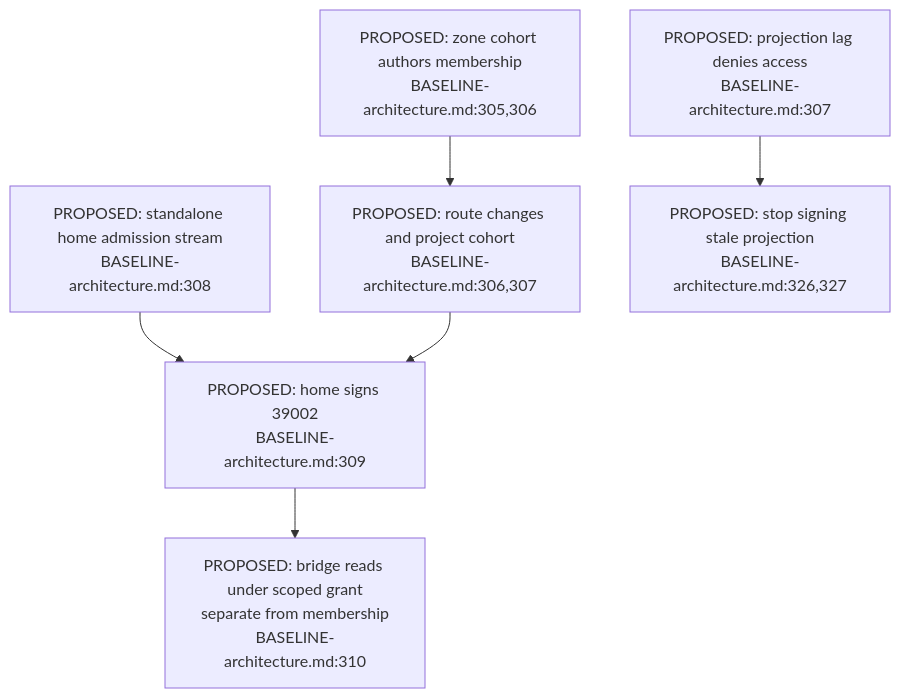
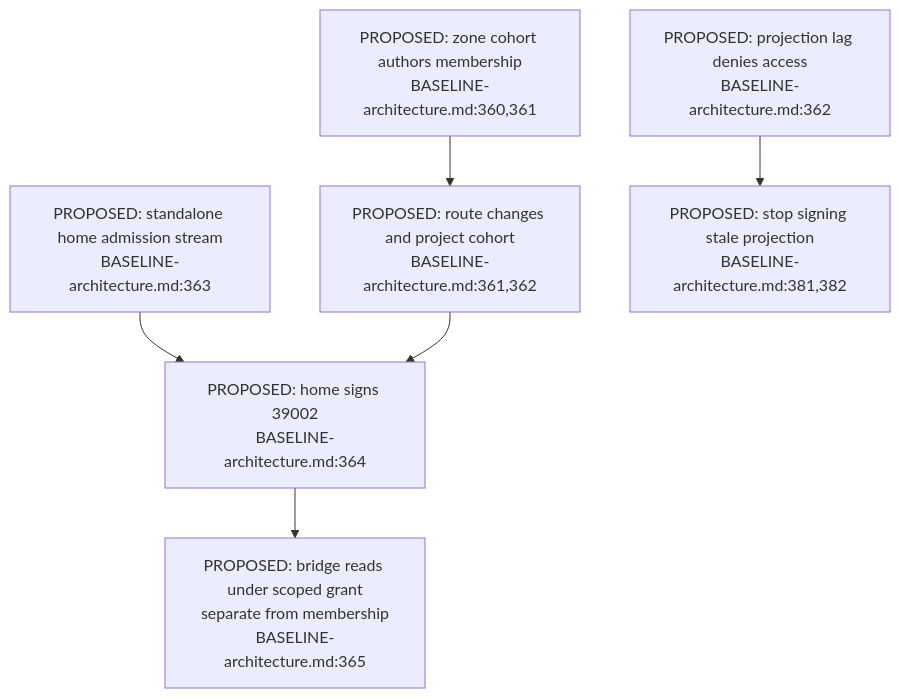
Before and after one commit to DreamLab-AI/VisionFlow: the first of 3 diagrams in docs/diagrams/nostr-rust-forum/14-proposed-group-replication-and-spaces.md, drawn with Mermaid. The commit also changed other lines of this file and 1 other file, not shown here.

First line of the commit message:
docs(diagrams): NF-14 and NF-18 re-verified at nostr-rust-forum af4f0d5

````diff
--- a/docs/diagrams/nostr-rust-forum/14-proposed-group-replication-and-spaces.md
+++ b/docs/diagrams/nostr-rust-forum/14-proposed-group-replication-and-spaces.md
@@ -25,9 +25,9 @@
 ```mermaid
 flowchart TD
-    COHORT["PROPOSED: zone cohort authors membership<br/>BASELINE-architecture.md:305,306"] --> PROJECT["PROPOSED: route changes and project cohort<br/>BASELINE-architecture.md:306,307"]
-    STREAM["PROPOSED: standalone home admission stream<br/>BASELINE-architecture.md:308"] --> SIGN["PROPOSED: home signs 39002<br/>BASELINE-architecture.md:309"]
+    COHORT["PROPOSED: zone cohort authors membership<br/>BASELINE-architecture.md:360,361"] --> PROJECT["PROPOSED: route changes and project cohort<br/>BASELINE-architecture.md:361,362"]
+    STREAM["PROPOSED: standalone home admission stream<br/>BASELINE-architecture.md:363"] --> SIGN["PROPOSED: home signs 39002<br/>BASELINE-architecture.md:364"]
     PROJECT --> SIGN
-    LAG["PROPOSED: projection lag denies access<br/>BASELINE-architecture.md:307"] --> STOP["PROPOSED: stop signing stale projection<br/>BASELINE-architecture.md:326,327"]
-    BRIDGE["PROPOSED: bridge reads under scoped grant<br/>separate from membership<br/>BASELINE-architecture.md:310"]
+    LAG["PROPOSED: projection lag denies access<br/>BASELINE-architecture.md:362"] --> STOP["PROPOSED: stop signing stale projection<br/>BASELINE-architecture.md:381,382"]
+    BRIDGE["PROPOSED: bridge reads under scoped grant<br/>separate from membership<br/>BASELINE-architecture.md:365"]
     SIGN --> BRIDGE
 ```
````
